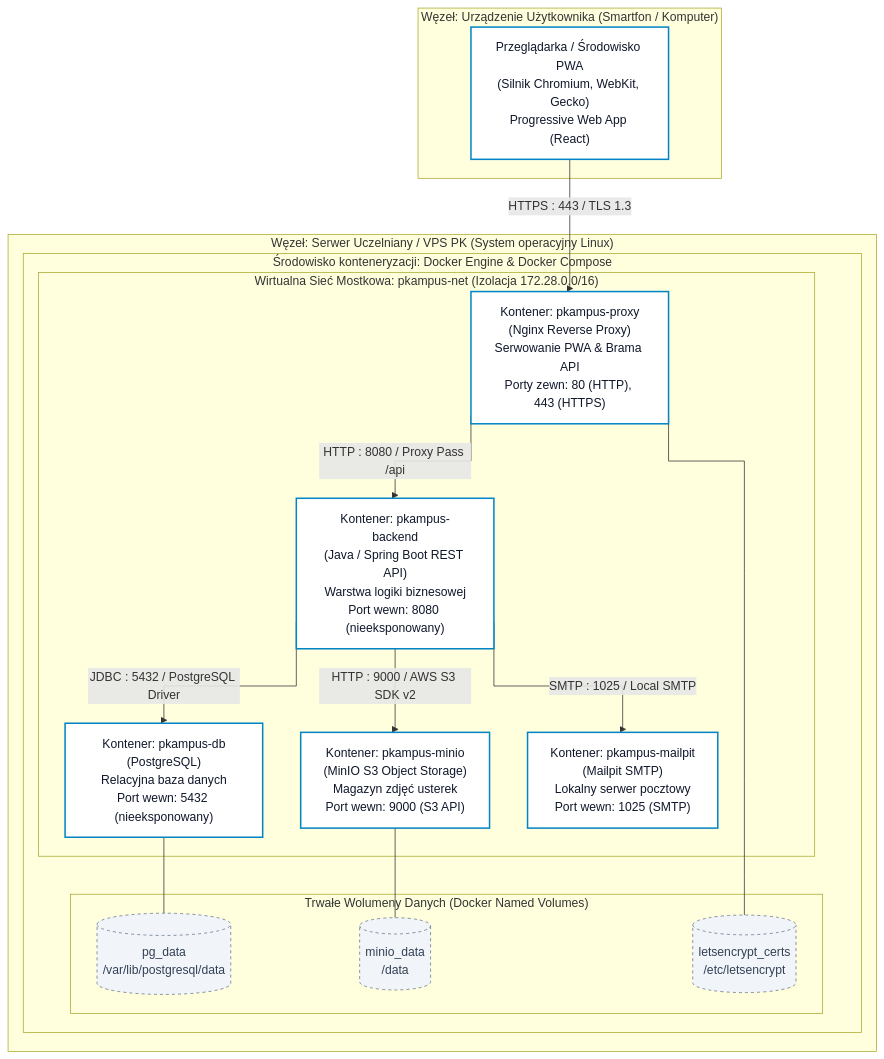
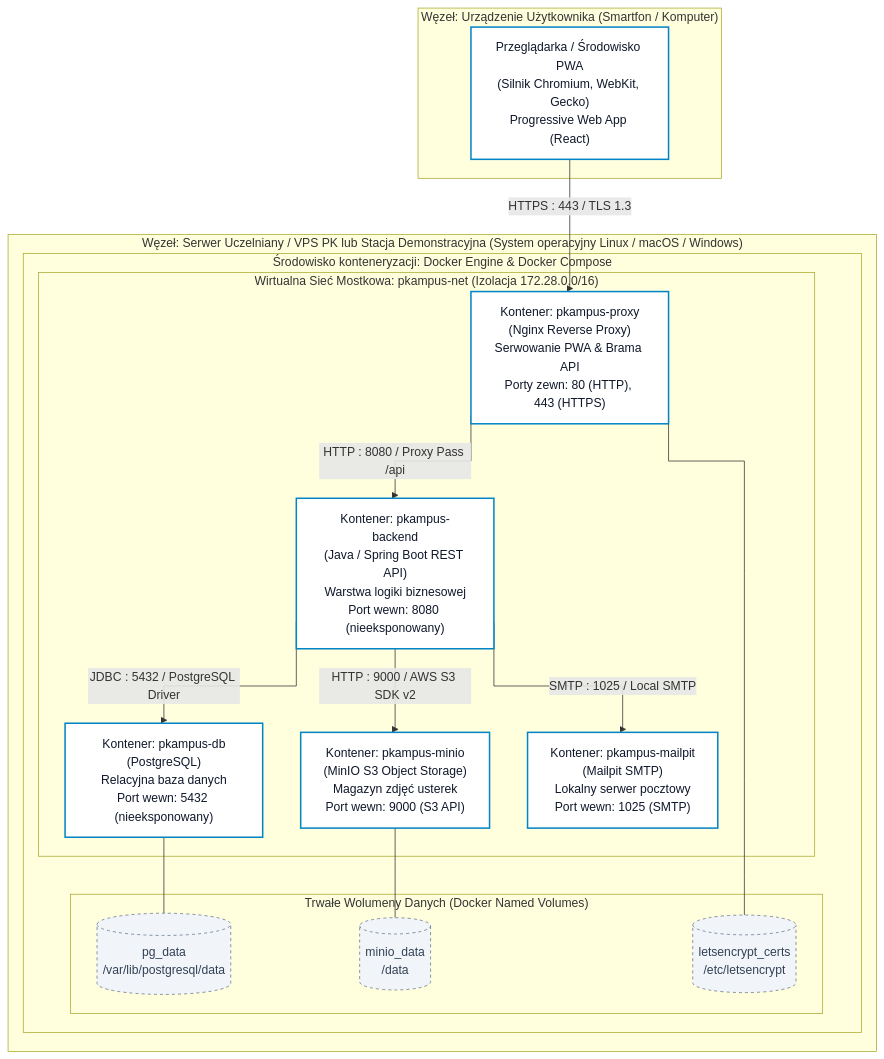
Before and after one commit to Buczy8/PKampus: the diagram in Docs/Diagram_Wdrozenia.md, drawn with Mermaid. The commit also changed other lines of this file and 3 other files, not shown here.

Commit message:
docs: update system architecture descriptions to clarify server profiles and certificate management for production and demonstration environments

````diff
--- a/Docs/Diagram_Wdrozenia.md
+++ b/Docs/Diagram_Wdrozenia.md
@@ -20,39 +20,39 @@
 ```mermaid
 %%{init: {'flowchart': {'curve': 'stepBefore'}}}%%
 flowchart TD
     classDef nodeStyle fill:#f8fafc,stroke:#334155,stroke-width:2px,color:#0f172a;
     classDef containerStyle fill:#ffffff,stroke:#0284c7,stroke-width:2px,color:#0f172a;
     classDef storageStyle fill:#f1f5f9,stroke:#64748b,stroke-width:1px,stroke-dasharray: 4 4,color:#334155;
 
     subgraph CLIENT_NODE["Węzeł: Urządzenie Użytkownika (Smartfon / Komputer)"]
         BROWSER["Przeglądarka / Środowisko PWA<br/>(Silnik Chromium, WebKit, Gecko)<br/>Progressive Web App (React)"]:::containerStyle
     end
 
-    subgraph SERVER_NODE["Węzeł: Serwer Uczelniany / VPS PK (System operacyjny Linux)"]
+    subgraph SERVER_NODE["Węzeł: Serwer Uczelniany / VPS PK lub Stacja Demonstracyjna (System operacyjny Linux / macOS / Windows)"]
         subgraph DOCKER_COMPOSE["Środowisko konteneryzacji: Docker Engine & Docker Compose"]
             subgraph BRIDGE_NET["Wirtualna Sieć Mostkowa: pkampus-net (Izolacja 172.28.0.0/16)"]
                 NGINX["Kontener: pkampus-proxy<br/>(Nginx Reverse Proxy)<br/>Serwowanie PWA & Brama API<br/>Porty zewn: 80 (HTTP), 443 (HTTPS)"]:::containerStyle
                 BACKEND["Kontener: pkampus-backend<br/>(Java / Spring Boot REST API)<br/>Warstwa logiki biznesowej<br/>Port wewn: 8080 (nieeksponowany)"]:::containerStyle
                 DATABASE["Kontener: pkampus-db<br/>(PostgreSQL)<br/>Relacyjna baza danych<br/>Port wewn: 5432 (nieeksponowany)"]:::containerStyle
                 STORAGE["Kontener: pkampus-minio<br/>(MinIO S3 Object Storage)<br/>Magazyn zdjęć usterek<br/>Port wewn: 9000 (S3 API)"]:::containerStyle
                 MAILPIT["Kontener: pkampus-mailpit<br/>(Mailpit SMTP)<br/>Lokalny serwer pocztowy<br/>Port wewn: 1025 (SMTP)"]:::containerStyle
             end
 
             subgraph VOLUMES["Trwałe Wolumeny Danych (Docker Named Volumes)"]
                 VOL_DB[("pg_data<br/>/var/lib/postgresql/data")]:::storageStyle
                 VOL_MINIO[("minio_data<br/>/data")]:::storageStyle
                 VOL_CERTS[("letsencrypt_certs<br/>/etc/letsencrypt")]:::storageStyle
             end
         end
     end
 
     BROWSER -->|HTTPS : 443 / TLS 1.3| NGINX
     NGINX -->|HTTP : 8080 / Proxy Pass /api| BACKEND
     BACKEND -->|JDBC : 5432 / PostgreSQL Driver| DATABASE
     BACKEND -->|HTTP : 9000 / AWS S3 SDK v2| STORAGE
     BACKEND -->|SMTP : 1025 / Local SMTP| MAILPIT
 
     DATABASE --- VOL_DB
     STORAGE --- VOL_MINIO
     NGINX --- VOL_CERTS
 ```
````
